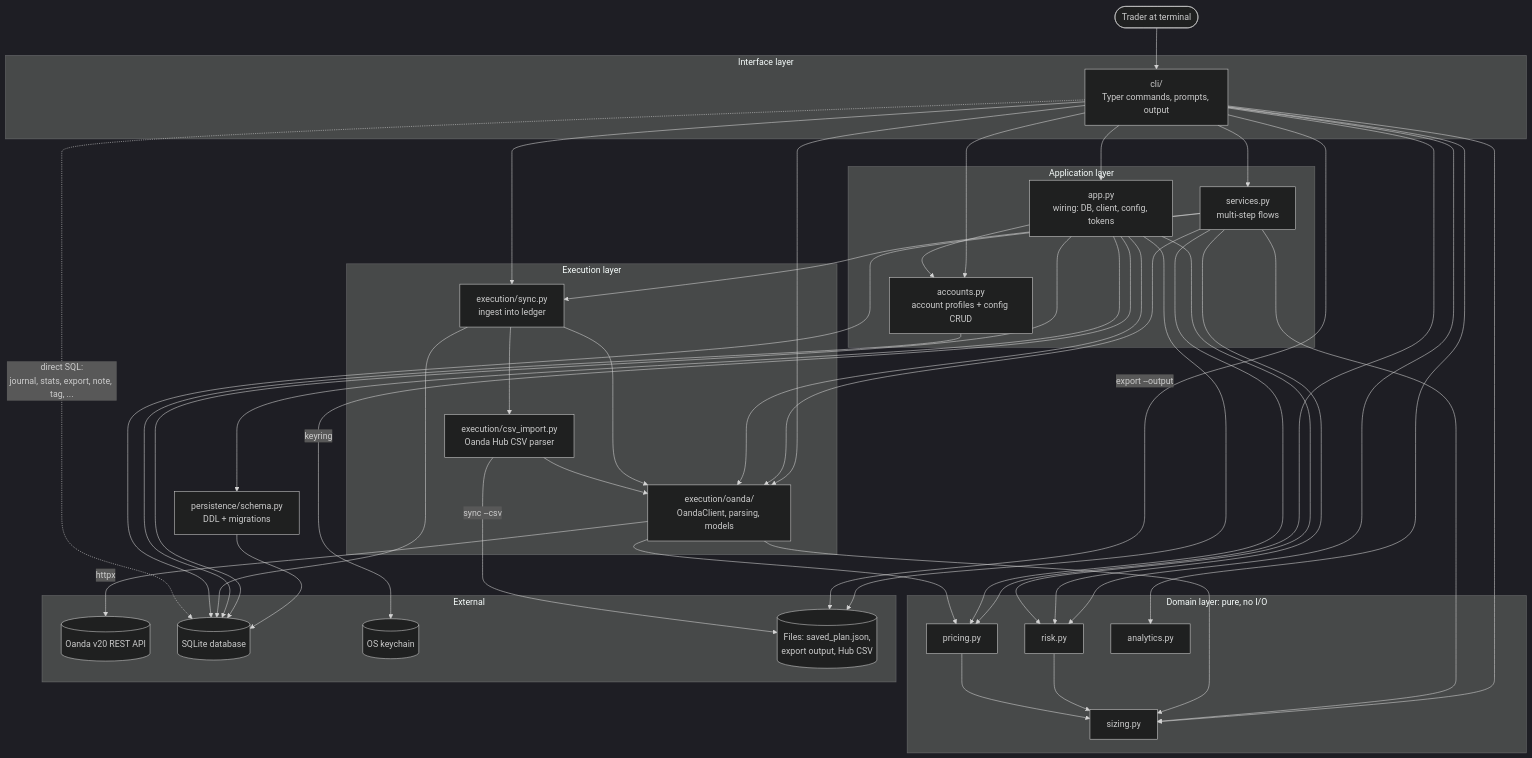
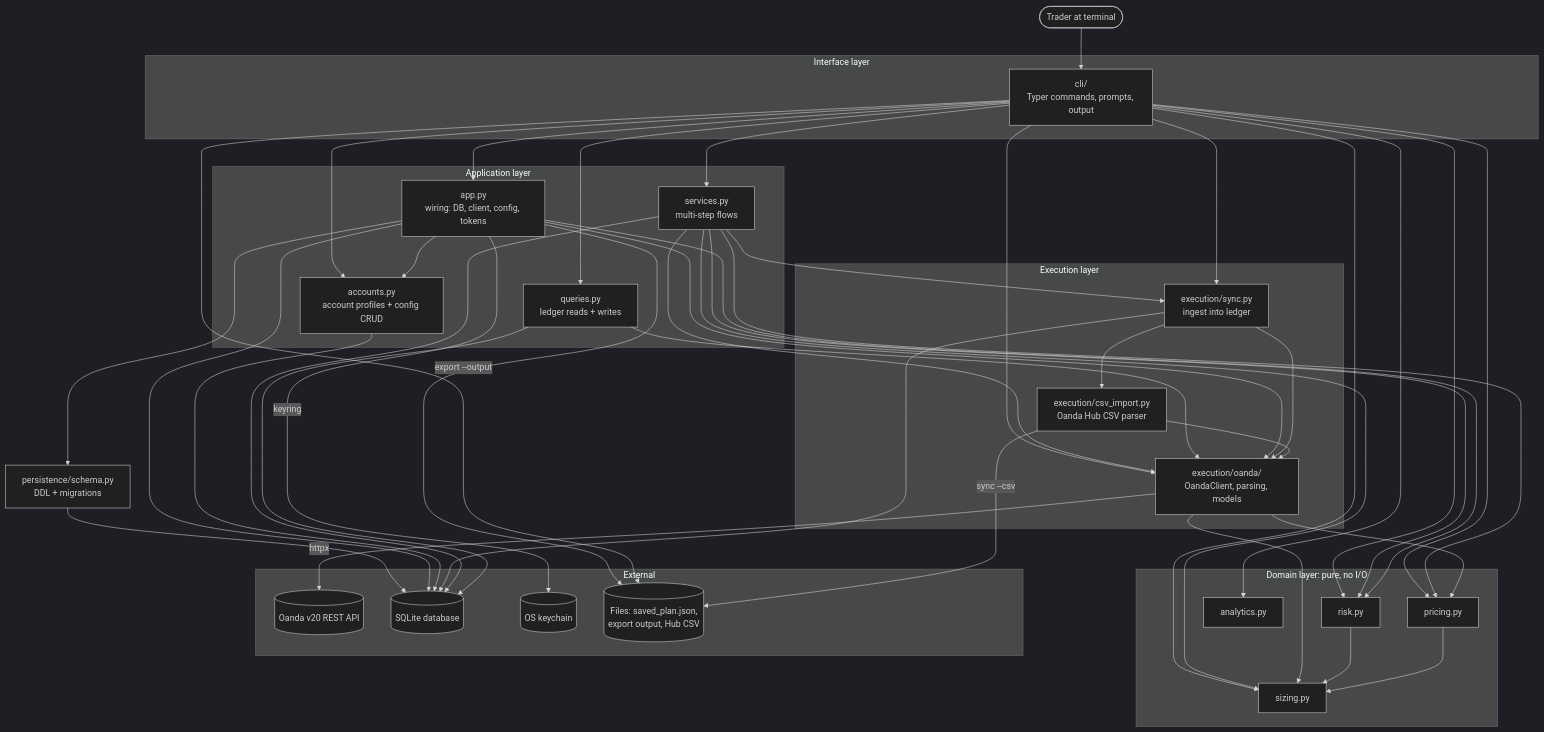
Before and after one commit to RagBillySandstone/frmj: the first of 3 diagrams in docs/architecture.md, drawn with Mermaid (dark theme). The commit also changed other lines of this file, not shown here.

First line of the commit message:
docs: describe queries.py in the architecture overview

````diff
--- a/docs/architecture.md
+++ b/docs/architecture.md
@@ -35,72 +36,76 @@
 ```mermaid
 flowchart TB
     user([Trader at terminal])
 
     subgraph CLI["Interface layer"]
         cli["cli/<br/>Typer commands, prompts, output"]
     end
 
     subgraph APP["Application layer"]
         services["services.py<br/>multi-step flows"]
+        queries["queries.py<br/>ledger reads + writes"]
         app["app.py<br/>wiring: DB, client, config, tokens"]
         accounts["accounts.py<br/>account profiles + config CRUD"]
     end
 
     subgraph EXEC["Execution layer"]
         oanda["execution/oanda/<br/>OandaClient, parsing, models"]
         sync["execution/sync.py<br/>ingest into ledger"]
         csvimp["execution/csv_import.py<br/>Oanda Hub CSV parser"]
     end
 
     subgraph DOMAIN["Domain layer: pure, no I/O"]
         risk["risk.py"]
         sizing["sizing.py"]
         pricing["pricing.py"]
         analytics["analytics.py"]
     end
 
     persistence["persistence/schema.py<br/>DDL + migrations"]
 
     subgraph EXT["External"]
         api[("Oanda v20 REST API")]
         db[("SQLite database")]
         keychain[("OS keychain")]
         files[("Files: saved_plan.json,<br/>export output, Hub CSV")]
     end
 
     user --> cli
     cli --> services
+    cli --> queries
     cli --> app
     cli --> accounts
     cli --> sync
     cli --> oanda
     cli --> risk & sizing & pricing & analytics
 
     services --> oanda
     services --> sync
     services --> risk & sizing & pricing
+
+    queries --> oanda
 
     app --> accounts
     app --> persistence
     app --> oanda
     app --> risk
 
     sync --> oanda
     sync --> csvimp
     csvimp --> oanda
     oanda --> sizing & pricing
     risk --> sizing
     pricing --> sizing
 
     oanda -- httpx --> api
     app -- keyring --> keychain
     app --> files
     cli -- "export --output" --> files
     csvimp -- "sync --csv" --> files
     persistence --> db
     app --> db
     accounts --> db
     sync --> db
     services --> db
-    cli -. "direct SQL:<br/>journal, stats, export, note, tag, ..." .-> db
+    queries --> db
 ```
````
